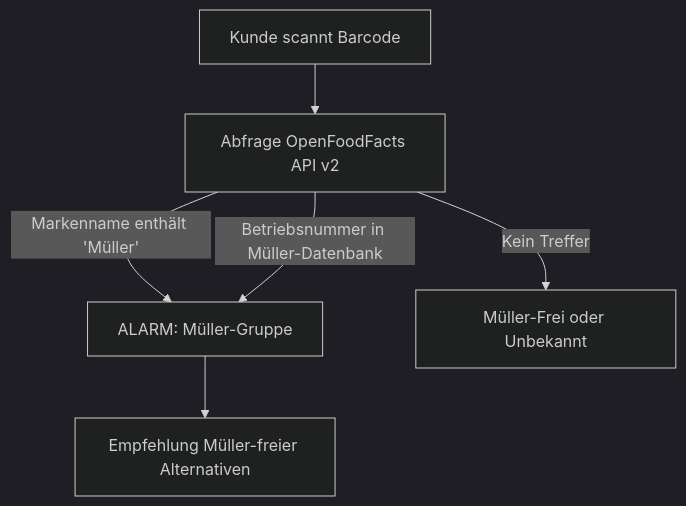
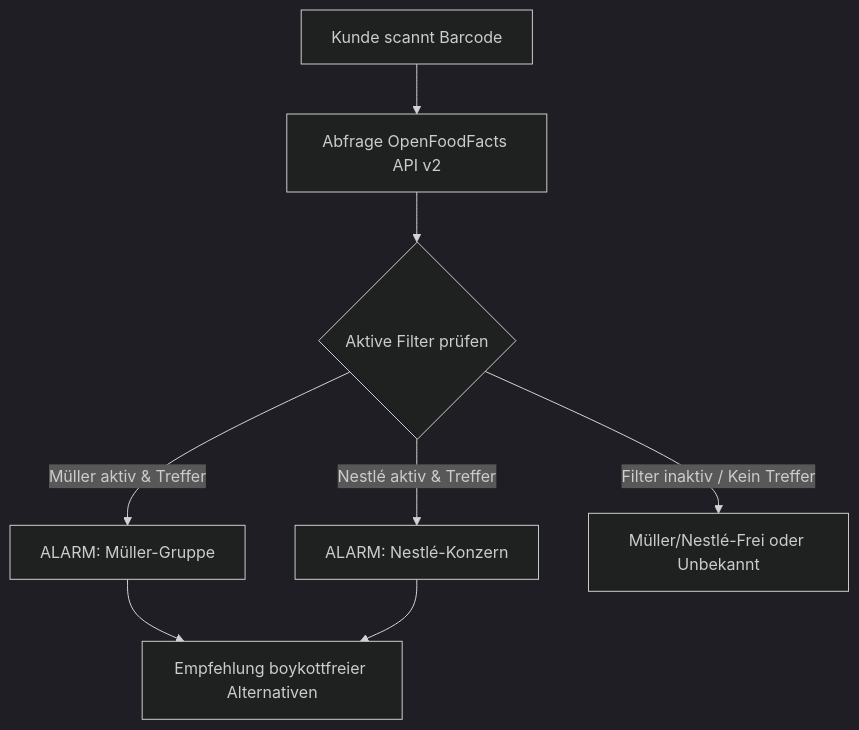
The diagram in README.md (kolkrabeofdoom/mueller-fascho-buster), drawn with Mermaid (dark theme) before and after one commit. The commit also changed other lines of this file, not shown here.

````diff
--- a/README.md
+++ b/README.md
@@ -42,8 +49,10 @@
 ```mermaid
 graph TD
     A[Kunde scannt Barcode] --> B[Abfrage OpenFoodFacts API v2]
-    B -->|Markenname enthält 'Müller'| C[ALARM: Müller-Gruppe]
-    B -->|Betriebsnummer in Müller-Datenbank| C
-    B -->|Kein Treffer| D[Müller-Frei oder Unbekannt]
-    C --> E[Empfehlung Müller-freier Alternativen]
+    B --> C{Aktive Filter prüfen}
+    C -->|Müller aktiv & Treffer| D[ALARM: Müller-Gruppe]
+    C -->|Nestlé aktiv & Treffer| E[ALARM: Nestlé-Konzern]
+    C -->|Filter inaktiv / Kein Treffer| F[Müller/Nestlé-Frei oder Unbekannt]
+    D --> G[Empfehlung boykottfreier Alternativen]
+    E --> G
 ```
````
